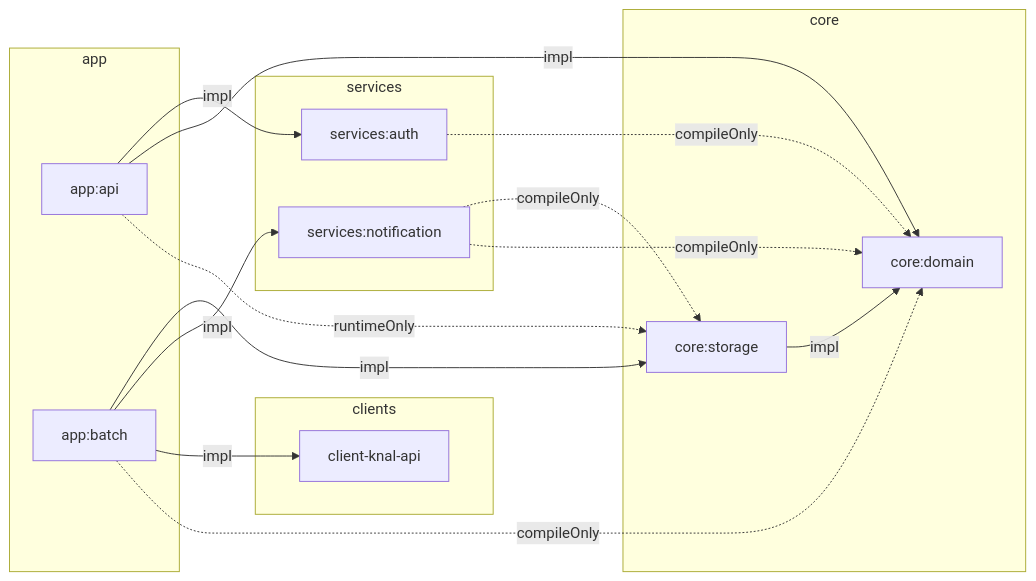
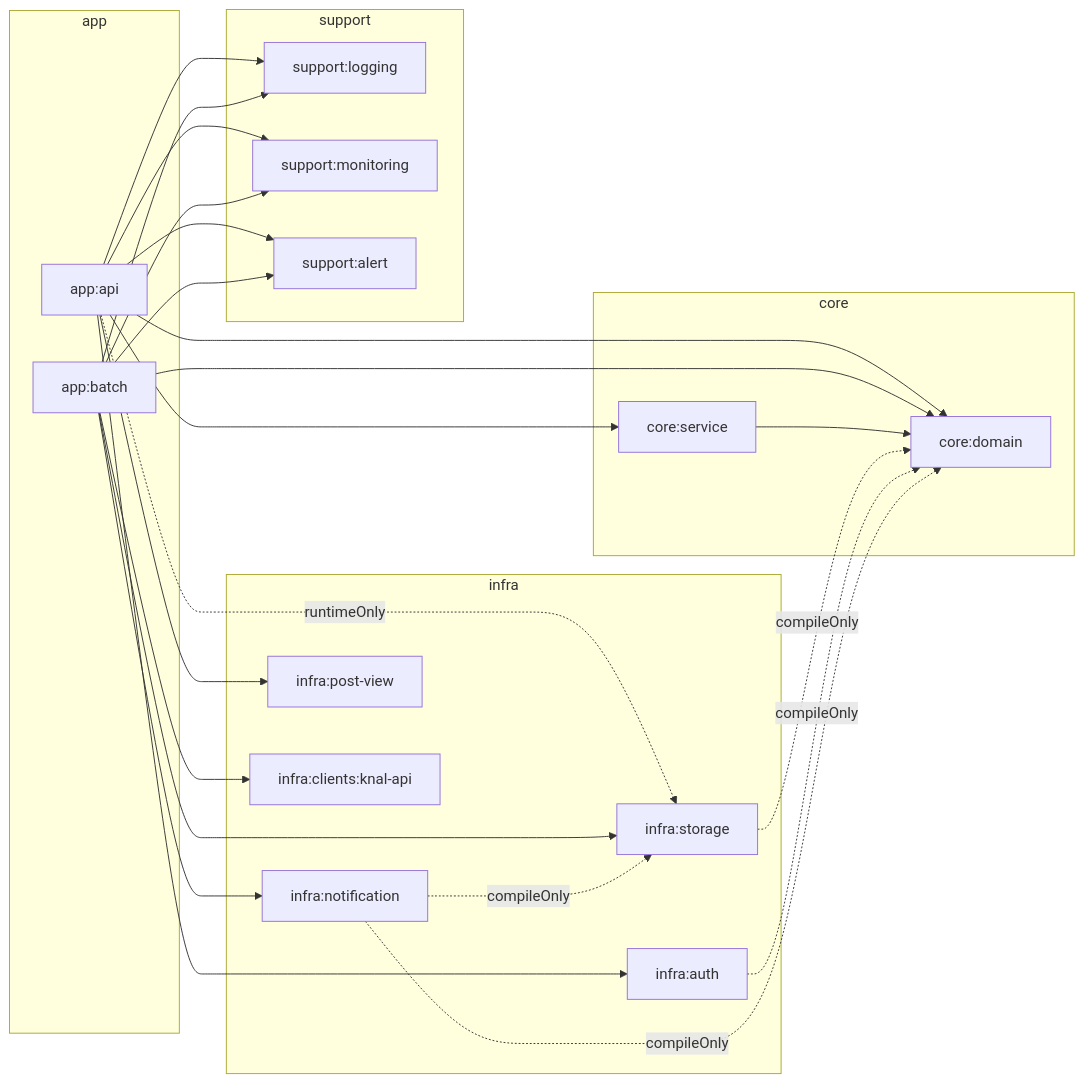
One commit to ogongchill/barlow changed the diagram in README.md. Above: the diagram before and after it, drawn with Mermaid. The commit also changed other lines of this file, not shown here.

````diff
--- a/README.md
+++ b/README.md
@@ -9,42 +34,45 @@
 ```mermaid
 graph LR
-
-%% 그룹: app
-    subgraph app [app]
+    subgraph app
         app_api["app:api"]
         app_batch["app:batch"]
     end
 
-%% 그룹: core
-    subgraph core [core]
+    subgraph core
         core_domain["core:domain"]
-        core_storage["core:storage"]
+        core_service["core:service"]
     end
 
-%% 그룹: services
-    subgraph services [services]
-        services_auth["services:auth"]
-        services_noti["services:notification"]
+    subgraph infra
+        infra_storage["infra:storage"]
+        infra_auth["infra:auth"]
+        infra_notification["infra:notification"]
+        infra_post_view["infra:post-view"]
+        infra_knal["infra:clients:knal-api"]
     end
 
-%% 그룹: clients
-    subgraph clients [clients]
-        client_knal_api["client-knal-api"]
+    subgraph support
+        sup_log["support:logging"]
+        sup_mon["support:monitoring"]
+        sup_alert["support:alert"]
     end
 
-%% app_api
-    app_api -->|impl| services_auth
-    app_api -->|impl| core_domain
-    app_api -.->|runtimeOnly| core_storage
-%% app_batch
-    app_batch -->|impl| core_storage
-    app_batch -->|impl| services_noti
-    app_batch -->|impl| client_knal_api
-    app_batch -.->|compileOnly| core_domain
-%% core_storage
-    core_storage -->|impl| core_domain
-%% services
-    services_noti -.->|compileOnly| core_storage
-    services_noti -.->|compileOnly| core_domain
-    services_auth -.->|compileOnly| core_domain
+    app_api --> core_service
+    app_api --> core_domain
+    app_api --> infra_auth
+    app_api --> infra_post_view
+    app_api -.->|runtimeOnly| infra_storage
+    app_api --> sup_log & sup_mon & sup_alert
+
+    app_batch --> core_domain
+    app_batch --> infra_storage
+    app_batch --> infra_notification
+    app_batch --> infra_knal
+    app_batch --> sup_log & sup_mon & sup_alert
+
+    core_service --> core_domain
+    infra_storage -.->|compileOnly| core_domain
+    infra_auth -.->|compileOnly| core_domain
+    infra_notification -.->|compileOnly| core_domain
+    infra_notification -.->|compileOnly| infra_storage
 ```
````
